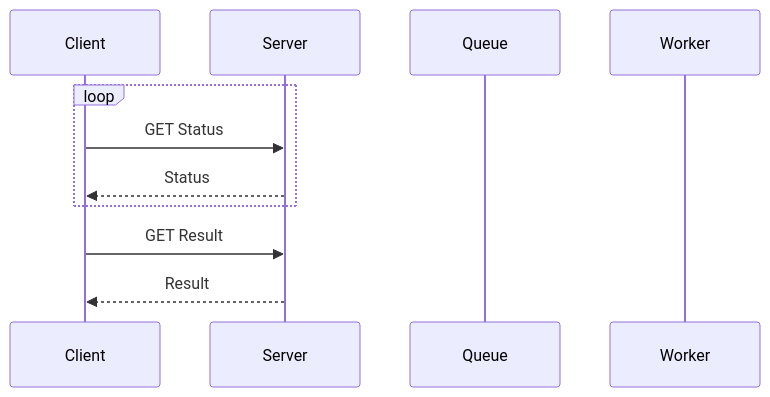
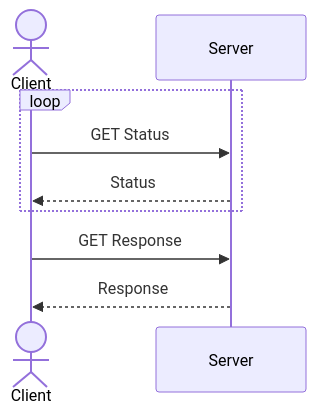
One commit to hhk7734/wiki changed the third of 5 diagrams in docs/lang/design/asynchronous-request-response/asynchronous-request-response.mdx. Above: the diagram before and after it, drawn with Mermaid. The commit also changed other lines of this file and 10 other files, not shown here.

````diff
--- a/docs/lang/design/asynchronous-request-response/asynchronous-request-response.mdx
+++ b/docs/lang/design/asynchronous-request-response/asynchronous-request-response.mdx
@@ -61,15 +59,13 @@
 ```mermaid
 sequenceDiagram
-  participant Client
+  actor Client
   participant Server
-  participant Queue
-  participant Worker
 
   loop
     Client->>Server: GET Status
     Server-->>Client: Status
   end
 
-  Client->>Server: GET Result
-  Server-->>Client: Result
+  Client->>Server: GET Response
+  Server-->>Client: Response
 ```
````
